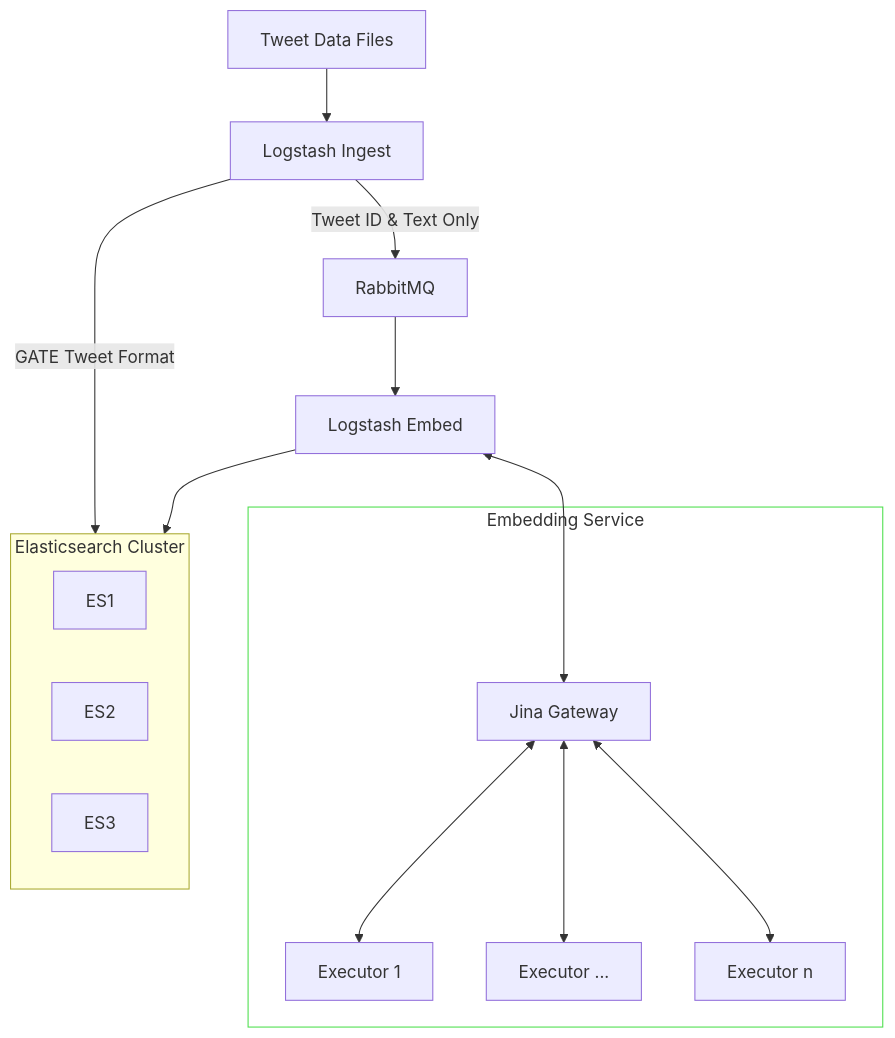
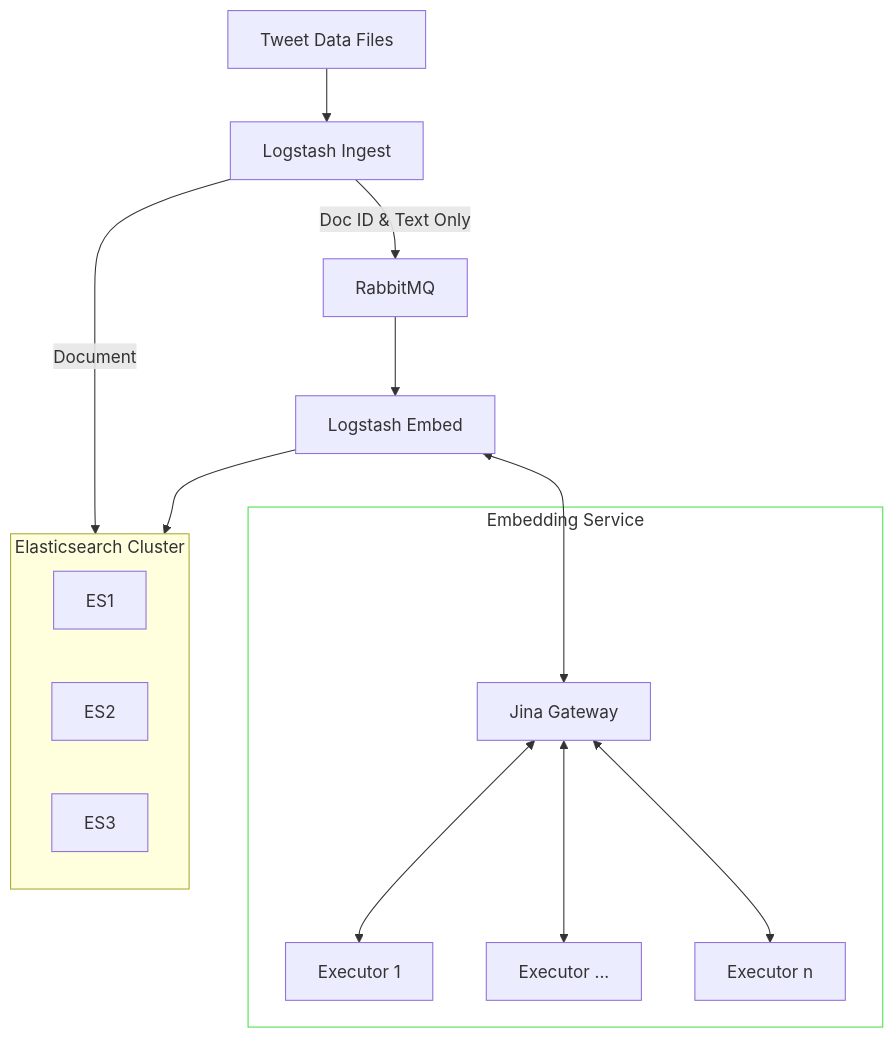
Before and after one commit to GateNLP/neural-indexer: the diagram in README.md, drawn with Mermaid. The commit also changed other lines of this file, not shown here.

Commit message:
Improve documentation on data format

````diff
--- a/README.md
+++ b/README.md
@@ -11,20 +11,20 @@
 ```mermaid
 flowchart TD
     D[Tweet Data Files] --> I[Logstash Ingest]
-    I --GATE Tweet Format--> Elasticsearch
-    I --Tweet ID & Text Only--> Q[RabbitMQ]
+    I --Document--> Elasticsearch
+    I --Doc ID & Text Only--> Q[RabbitMQ]
     Q --> B[Logstash Embed]
     B <--> J
     B --> Elasticsearch
     subgraph ML[Embedding Service]
     J[Jina Gateway] <--> E1[Executor 1]
     J <--> Ed[Executor ...]
     J <--> En[Executor n]
     end
     subgraph Elasticsearch[Elasticsearch Cluster]
     ES1
     ES2
     ES3
     end
     style ML fill:none, stroke:#4ddf4d;
 ```
````
